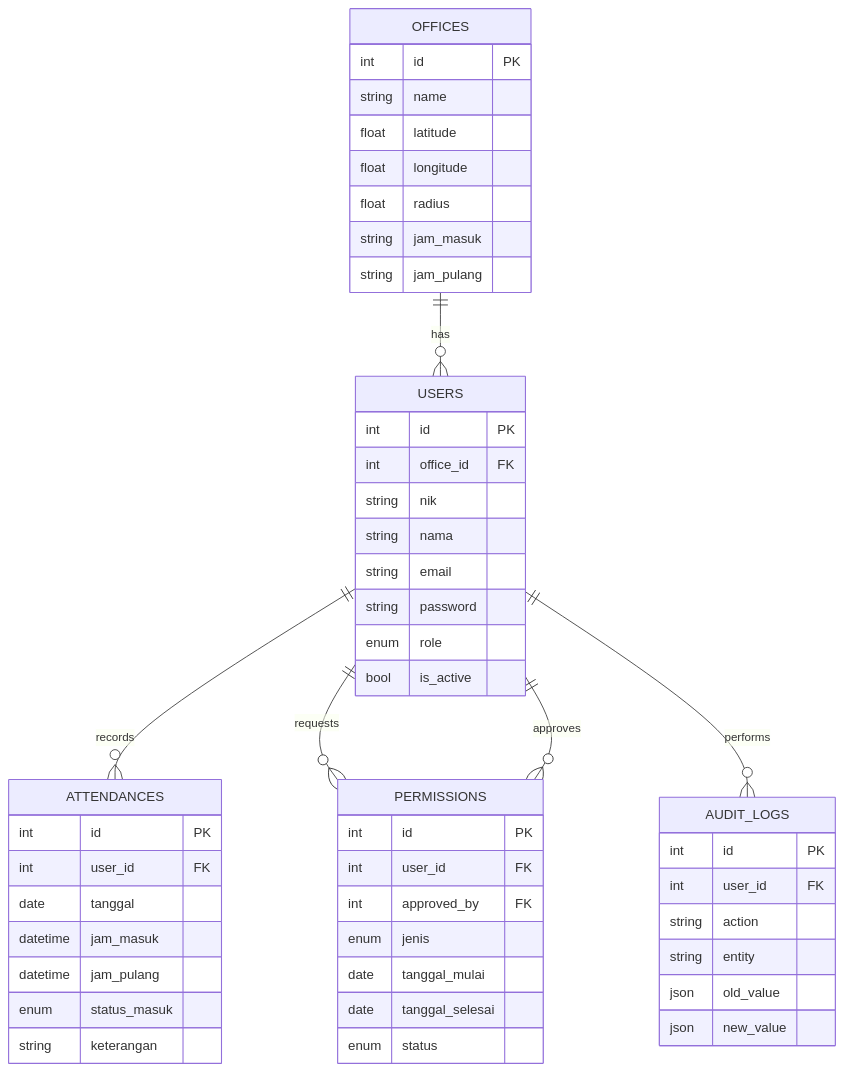
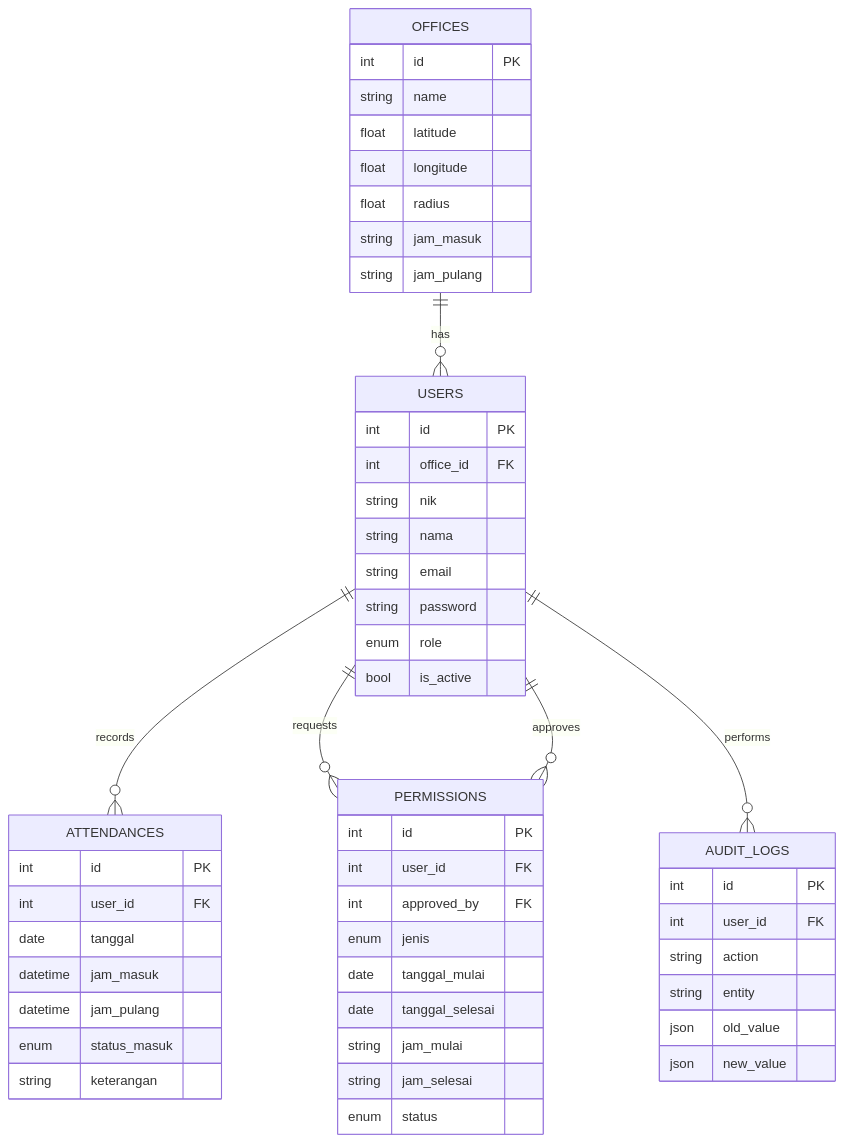
Before and after one commit to 112233qk/Project-Attendace: the second of 2 diagrams in README.md, drawn with Mermaid. The commit also changed other lines of this file and 5 other files, not shown here.

````diff
--- a/README.md
+++ b/README.md
@@ -173,54 +179,56 @@
 ```mermaid
 erDiagram
     OFFICES ||--o{ USERS : "has"
     USERS ||--o{ ATTENDANCES : "records"
     USERS ||--o{ PERMISSIONS : "requests"
     USERS ||--o{ AUDIT_LOGS : "performs"
     USERS ||--o{ PERMISSIONS : "approves"
 
     OFFICES {
         int id PK
         string name
         float latitude
         float longitude
         float radius
         string jam_masuk
         string jam_pulang
     }
     USERS {
         int id PK
         int office_id FK
         string nik
         string nama
         string email
         string password
         enum role
         bool is_active
     }
     ATTENDANCES {
         int id PK
         int user_id FK
         date tanggal
         datetime jam_masuk
         datetime jam_pulang
         enum status_masuk
         string keterangan
     }
     PERMISSIONS {
         int id PK
         int user_id FK
         int approved_by FK
         enum jenis
         date tanggal_mulai
         date tanggal_selesai
+        string jam_mulai
+        string jam_selesai
         enum status
     }
     AUDIT_LOGS {
         int id PK
         int user_id FK
         string action
         string entity
         json old_value
         json new_value
     }
 ```
````
